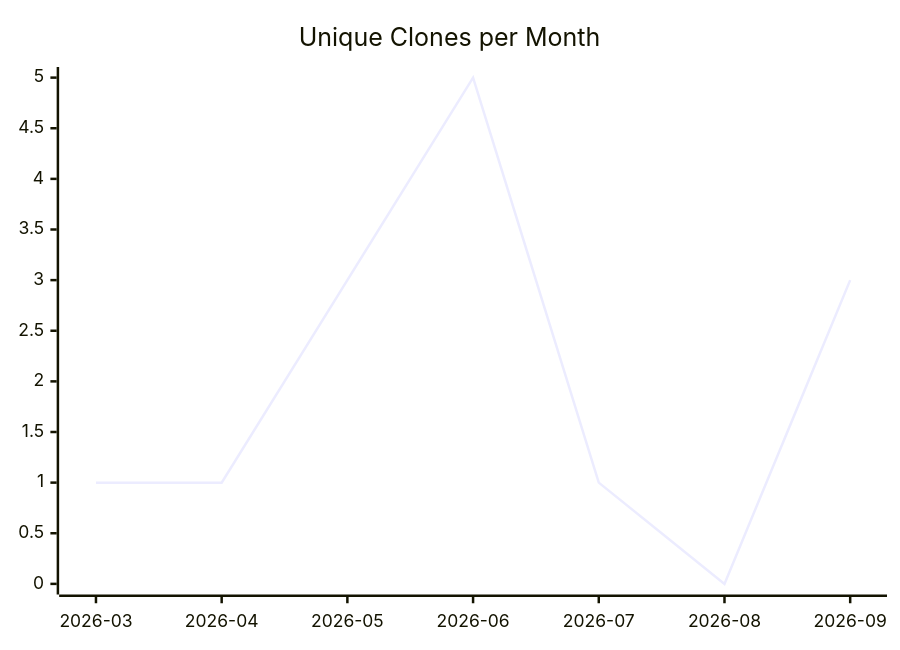
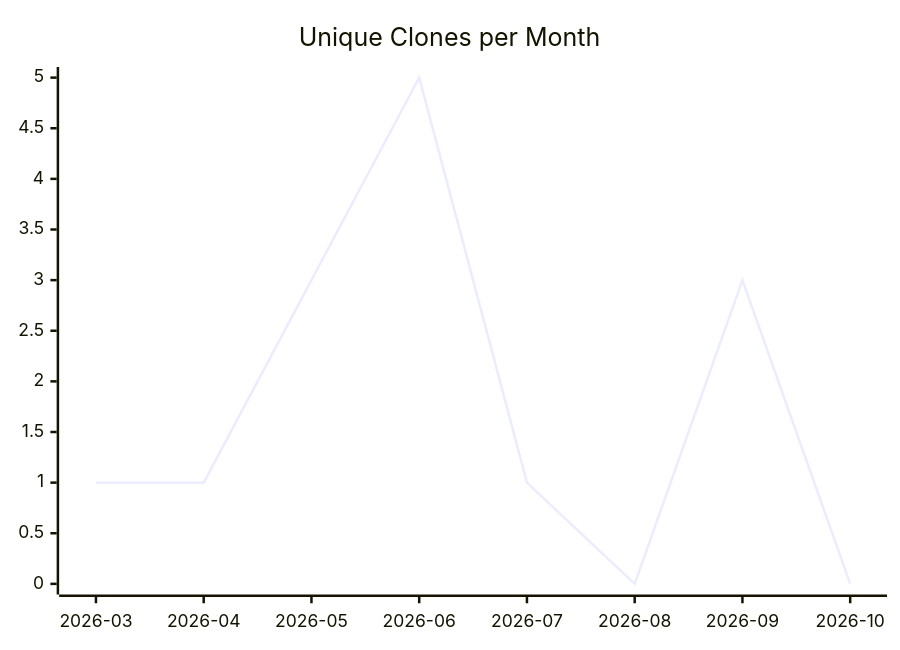
Before and after one commit to justdavis-family/github-analytics-data: the third of 3 diagrams in karlmdavis/ansible/README.md, drawn with Mermaid. The commit also changed other lines of this file and 202 other files, not shown here.

````diff
--- a/karlmdavis/ansible/README.md
+++ b/karlmdavis/ansible/README.md
@@ -19,6 +19,6 @@
 ```mermaid
 xychart-beta
   title "Unique Clones per Month"
-  x-axis ["2026-03", "2026-04", "2026-05", "2026-06", "2026-07", "2026-08", "2026-09"]
-  line [1, 1, 3, 5, 1, 0, 3]
+  x-axis ["2026-03", "2026-04", "2026-05", "2026-06", "2026-07", "2026-08", "2026-09", "2026-10"]
+  line [1, 1, 3, 5, 1, 0, 3, 0]
 ```
````
